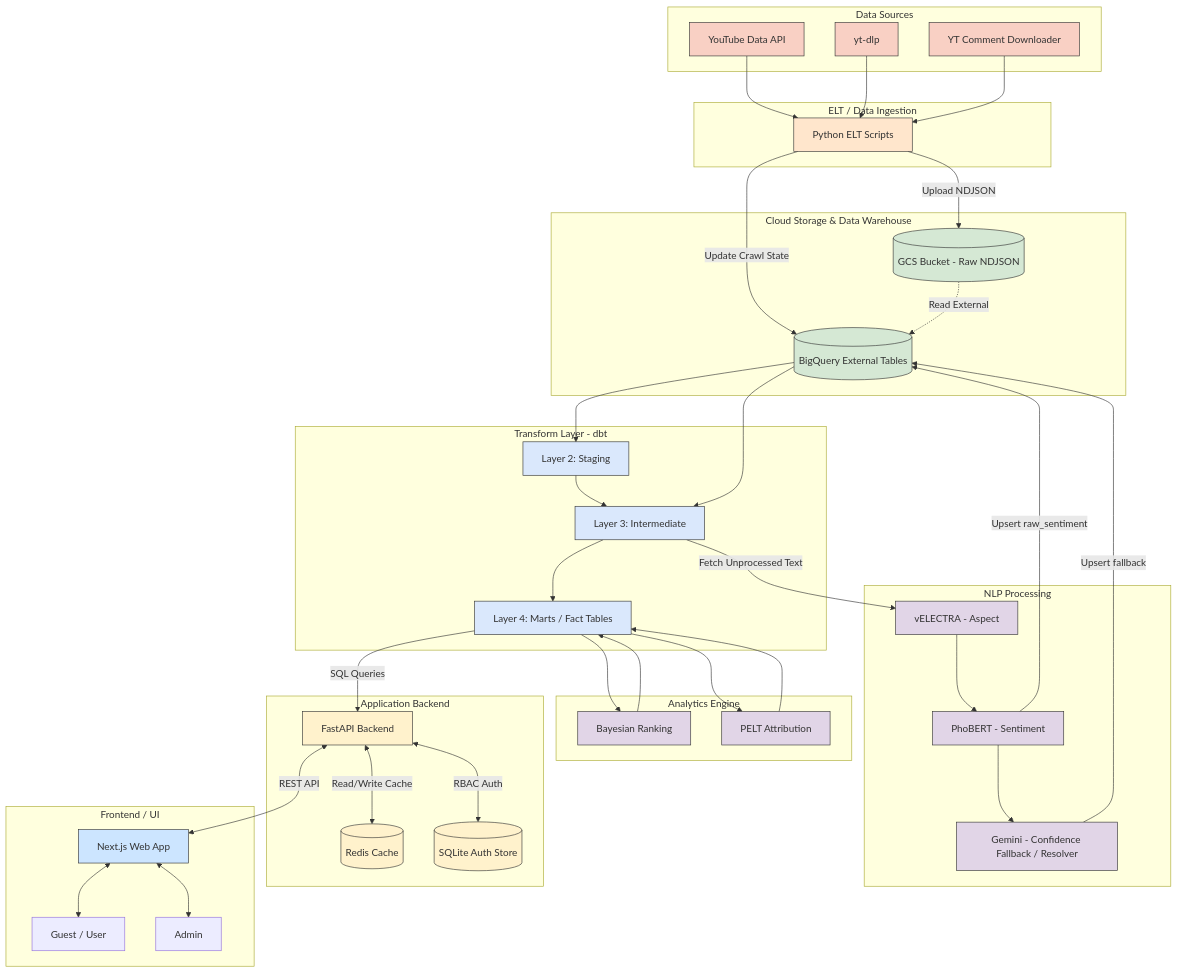
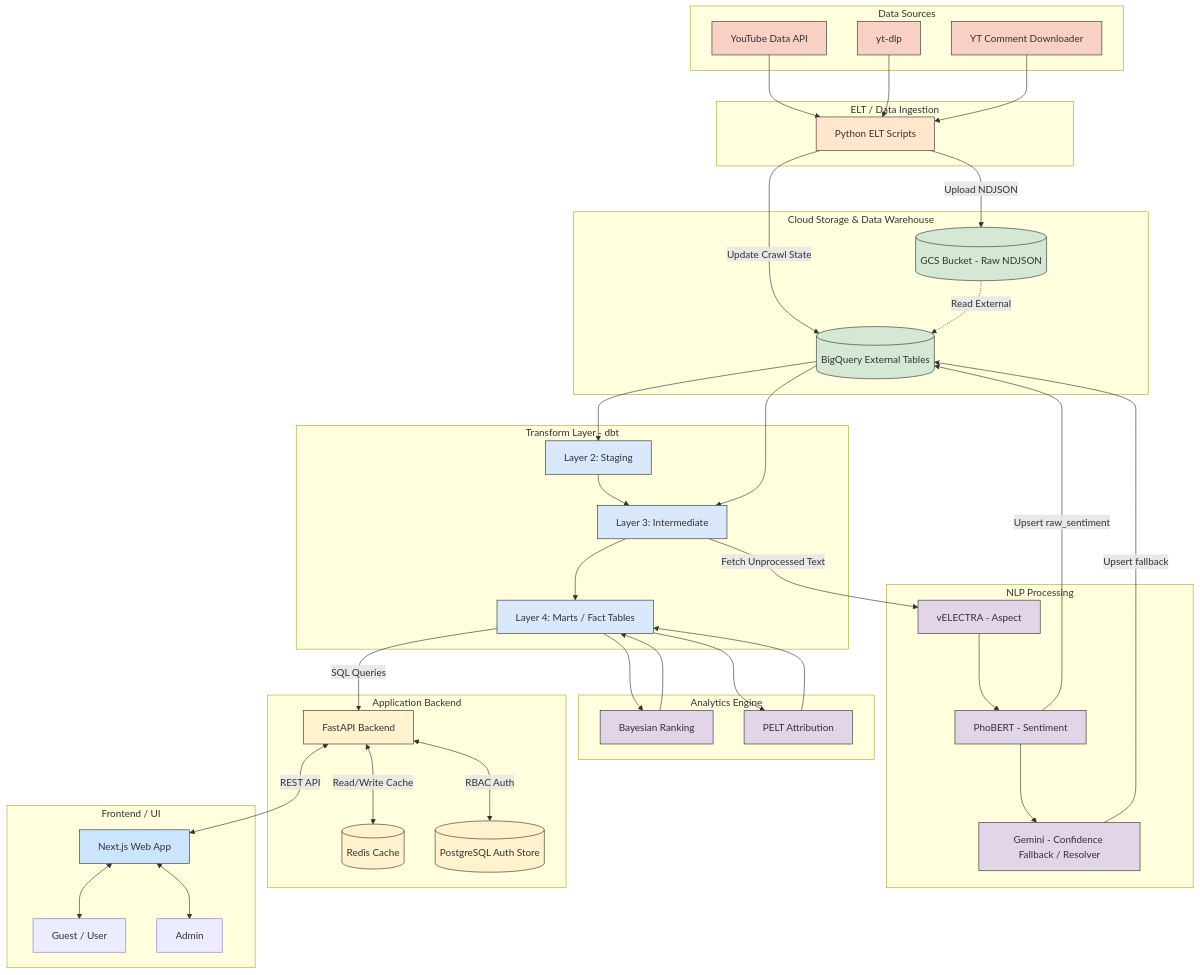
The diagram in docs/PROJECT_FULL_DOCUMENTATION.md (Kama-khoa/Social_media_sentiment_pipeline), drawn with Mermaid before and after one commit. The commit also changed other lines of this file and 32 other files, not shown here.

```diff
--- a/docs/PROJECT_FULL_DOCUMENTATION.md
+++ b/docs/PROJECT_FULL_DOCUMENTATION.md
@@ -194,7 +194,7 @@
     subgraph S7 [Application Backend]
         F1[FastAPI Backend]:::backend
         F2[(Redis Cache)]:::backend
-        F3[(SQLite Auth Store)]:::backend
+        F3[(PostgreSQL Auth Store)]:::backend
     end
 
     %% Web App
```
